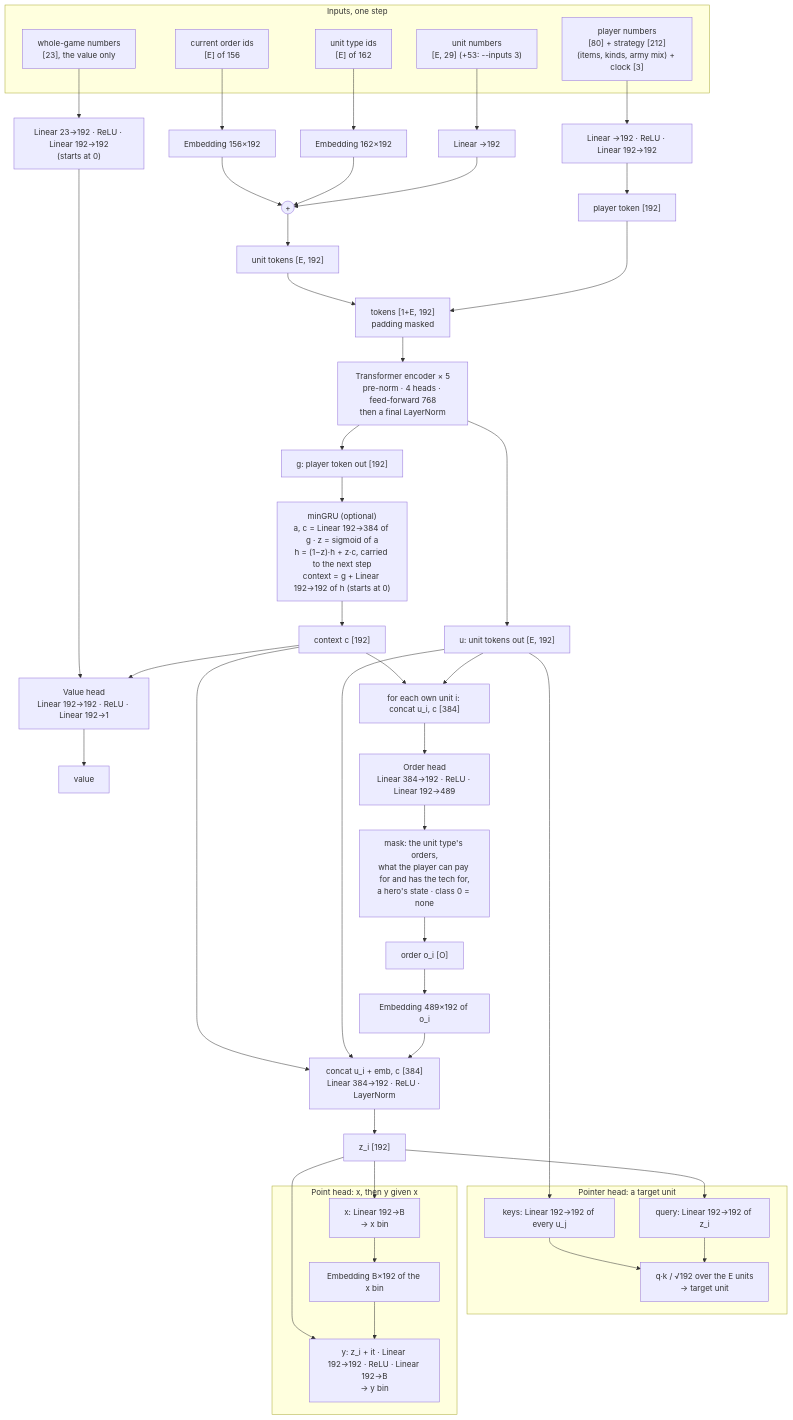
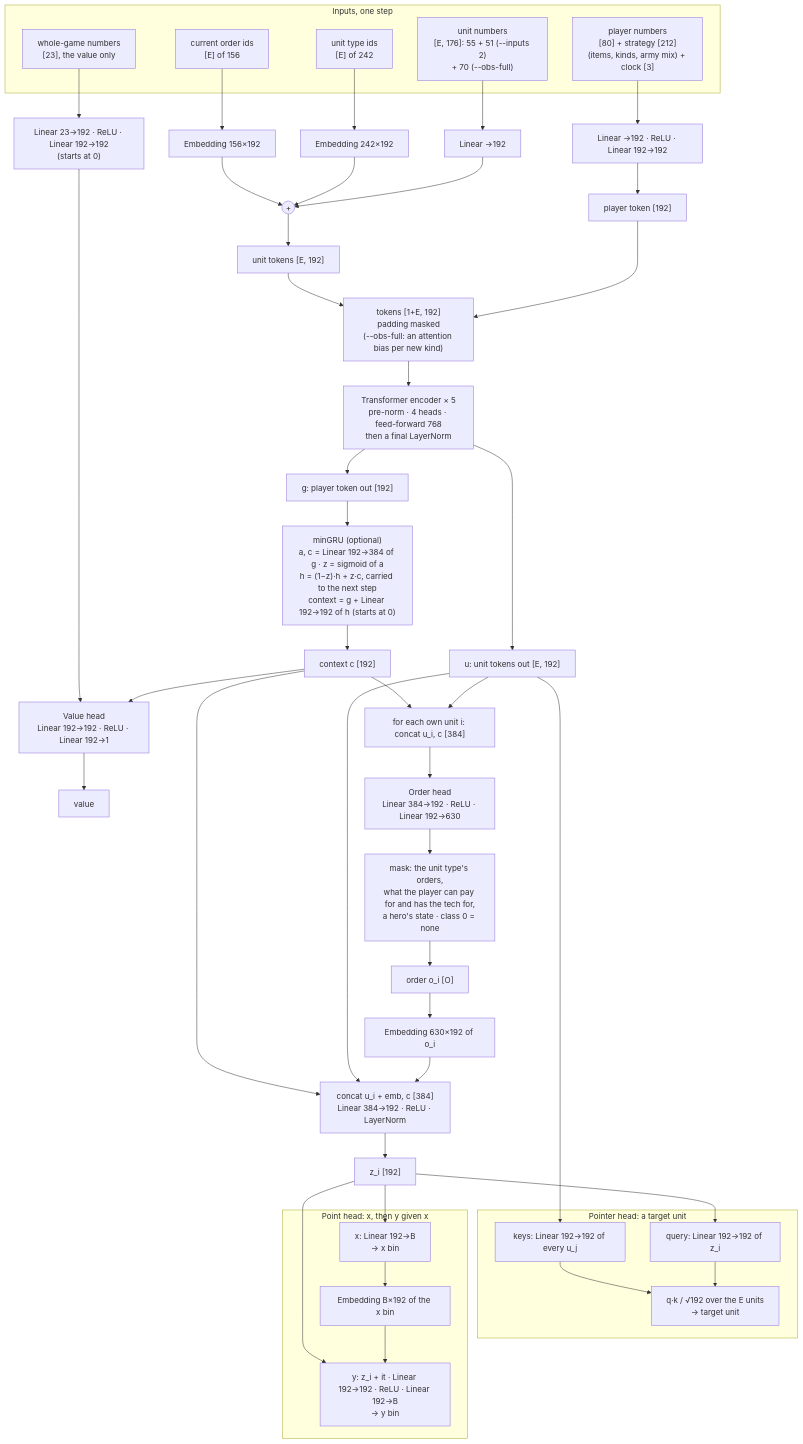
The first of 3 diagrams in docs/model.md (RobinKa/warcraftsim), drawn with Mermaid before and after one commit. The commit also changed other lines of this file and 6 other files, not shown here.

First line of the commit message:
Docs: optimizations, architecture and model brought up to date; the speed limit corrected

````diff
--- a/docs/model.md
+++ b/docs/model.md
@@ -9,46 +9,46 @@
 ```mermaid
 flowchart TB
   subgraph IN["Inputs, one step"]
-    F["unit numbers<br/>[E, 29] (+53: --inputs 3)"]
-    TY["unit type ids<br/>[E] of 162"]
+    F["unit numbers<br/>[E, 176]: 55 + 51 (--inputs 2)<br/>+ 70 (--obs-full)"]
+    TY["unit type ids<br/>[E] of 242"]
     CO["current order ids<br/>[E] of 156"]
     PL["player numbers<br/>[80] + strategy [212]<br/>(items, kinds, army mix) + clock [3]"]
     PV["whole-game numbers<br/>[23], the value only"]
   end
   F --> LF["Linear →192"]
-  TY --> ET["Embedding 162×192"]
+  TY --> ET["Embedding 242×192"]
   CO --> EC["Embedding 156×192"]
   LF --> SUM(("+"))
   ET --> SUM
   EC --> SUM
   SUM --> UT["unit tokens [E, 192]"]
   PL --> MP["Linear →192 · ReLU · Linear 192→192"] --> PT["player token [192]"]
-  PT --> SEQ["tokens [1+E, 192]<br/>padding masked"]
+  PT --> SEQ["tokens [1+E, 192]<br/>padding masked<br/>(--obs-full: an attention bias per new kind)"]
   UT --> SEQ
   SEQ --> TR["Transformer encoder × 5<br/>pre-norm · 4 heads · feed-forward 768<br/>then a final LayerNorm"]
   TR --> G["g: player token out [192]"]
   TR --> U["u: unit tokens out [E, 192]"]
   G --> MEM["minGRU (optional)<br/>a, c = Linear 192→384 of g · z = sigmoid of a<br/>h = (1−z)·h + z·c, carried to the next step<br/>context = g + Linear 192→192 of h (starts at 0)"]
   MEM --> C["context c [192]"]
   C --> VH["Value head<br/>Linear 192→192 · ReLU · Linear 192→1"] --> V["value"]
   PV --> PP["Linear 23→192 · ReLU · Linear 192→192<br/>(starts at 0)"] --> VH
   U --> OI["for each own unit i: concat u_i, c [384]"]
   C --> OI
-  OI --> OH["Order head<br/>Linear 384→192 · ReLU · Linear 192→489"] --> MSK["mask: the unit type's orders,<br/>what the player can pay for and has the tech for,<br/>a hero's state · class 0 = none"] --> O1["order o_i [O]"]
-  O1 --> OE["Embedding 489×192 of o_i"]
+  OI --> OH["Order head<br/>Linear 384→192 · ReLU · Linear 192→630"] --> MSK["mask: the unit type's orders,<br/>what the player can pay for and has the tech for,<br/>a hero's state · class 0 = none"] --> O1["order o_i [O]"]
+  O1 --> OE["Embedding 630×192 of o_i"]
   OE --> CD["concat u_i + emb, c [384]<br/>Linear 384→192 · ReLU · LayerNorm"]
   U --> CD
   C --> CD
   CD --> Z["z_i [192]"]
   subgraph PTRS["Pointer head: a target unit"]
     Q["query: Linear 192→192 of z_i"] --> PTR["q·k / √192 over the E units<br/>→ target unit"]
     K["keys: Linear 192→192 of every u_j"] --> PTR
   end
   subgraph PNT["Point head: x, then y given x"]
     PX["x: Linear 192→B<br/>→ x bin"] --> XE["Embedding B×192 of the x bin"] --> PY["y: z_i + it · Linear 192→192 · ReLU · Linear 192→B<br/>→ y bin"]
   end
   Z --> Q
   U --> K
   Z --> PX
   Z --> PY
 ```
````
